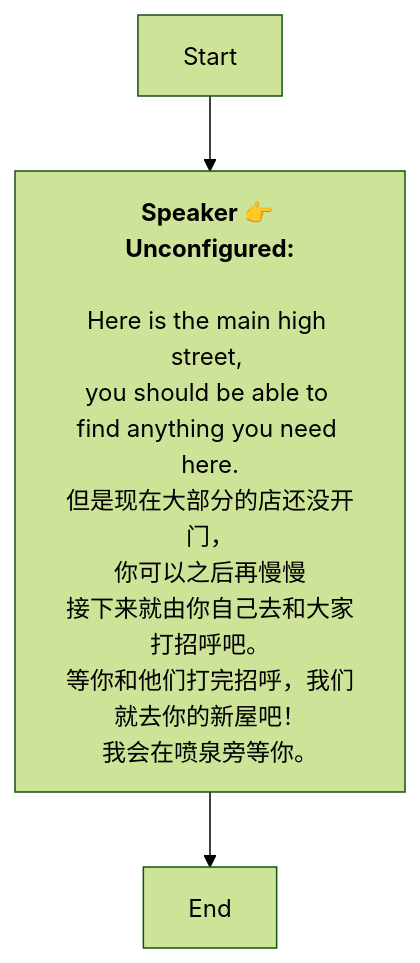
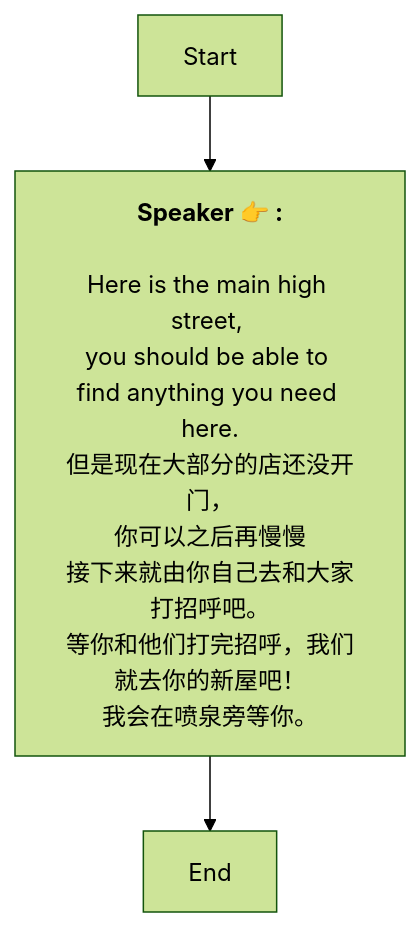
The diagram in Zh/QuestStartTalkENode_1772261949824200.md (SoftHu/tos_avg), drawn with Mermaid (forest theme) before and after one commit. The commit also changed 737 other files, not shown here.

````diff
--- a/Zh/QuestStartTalkENode_1772261949824200.md
+++ b/Zh/QuestStartTalkENode_1772261949824200.md
@@ -1,14 +1,10 @@
 ```mermaid
 graph
-Start -->1772261970121932[<b>Speaker 👉 Unconfigured:</b>
-
-Here is the main high street, 
-you should be able to find anything you need here.
-但是现在大部分的店还没开门，
-你可以之后再慢慢
-接下来就由你自己去和大家打招呼吧。
-等你和他们打完招呼，我们就去你的新屋吧！
+Start -->1772261970121932[<b>Speaker 👉 :</b>
+\nHere is the main high street, 
+you should be able to find anything you need here.\n但是现在大部分的店还没开门，
+你可以之后再慢慢\n接下来就由你自己去和大家打招呼吧。\n等你和他们打完招呼，我们就去你的新屋吧！
 我会在喷泉旁等你。]
 1772261970121932 -->1772261970121933[End]
 
- ```
+```
````
